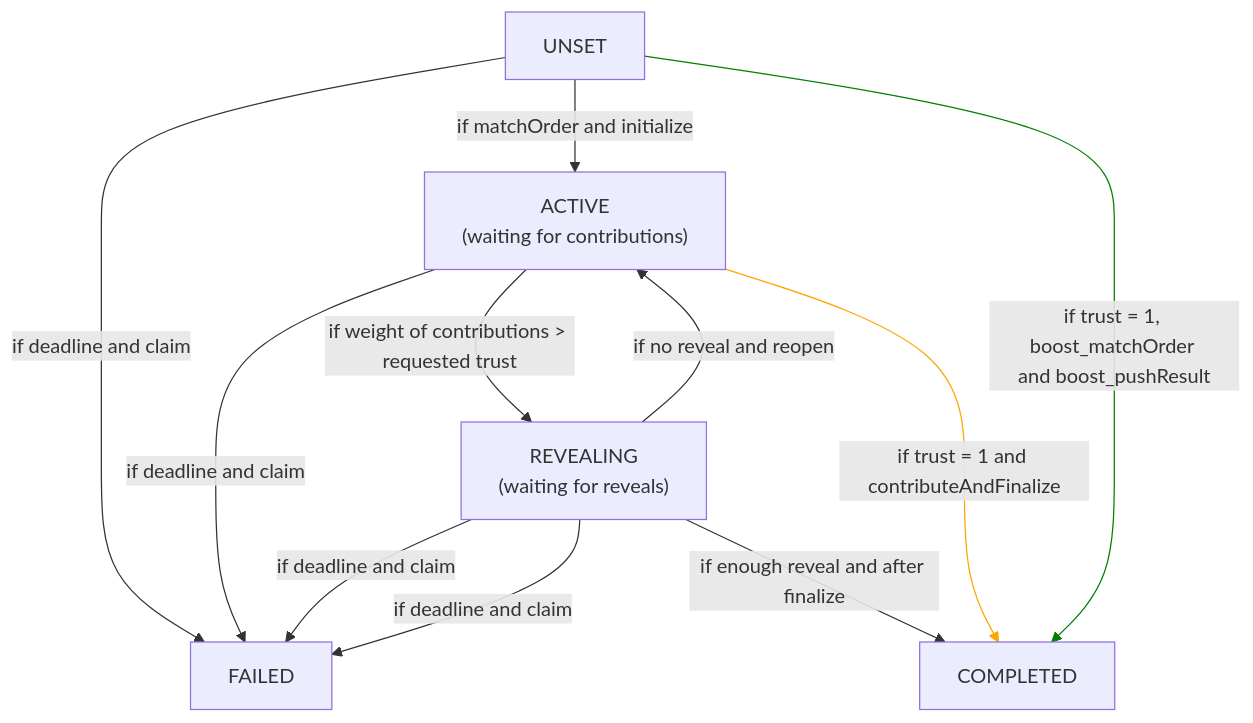
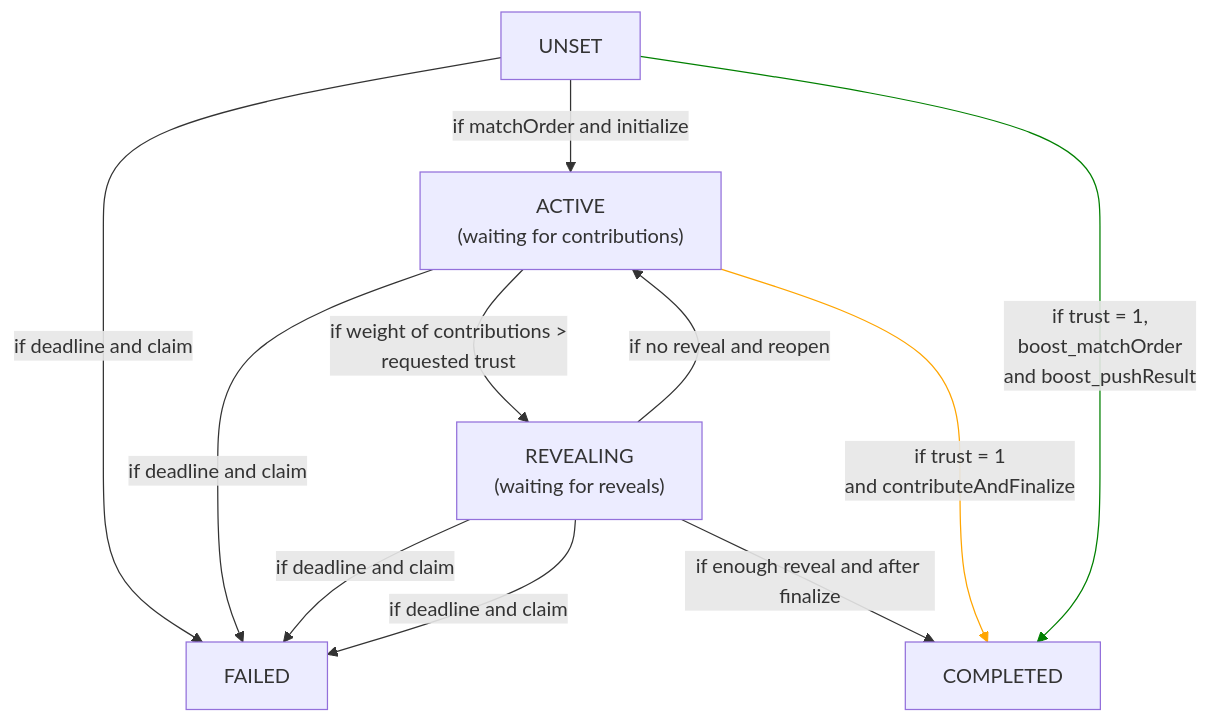
One commit to iExecBlockchainComputing/PoCo changed the first of 2 diagrams in docs/diagrams.md. Above: the diagram before and after it, drawn with Mermaid. The commit also changed other lines of this file, not shown here.

Commit message:
docs: Fix mermaid graphs

````diff
--- a/docs/diagrams.md
+++ b/docs/diagrams.md
@@ -13,15 +13,15 @@
 ```mermaid
 flowchart TB
     UNSET --> |if deadline and claim| FAILED
     UNSET --> |if matchOrder and initialize| ACTIVE
-    ACTIVE["ACTIVE <br> (waiting for contributions)"] --> |if weight of contributions > requested trust| REVEALING
+    ACTIVE["ACTIVE <br> (waiting for contributions)"] --> |if weight of contributions > <br>requested trust| REVEALING
     ACTIVE --> |if deadline and claim| FAILED
     REVEALING["REVEALING <br> (waiting for reveals)"] --> |if deadline and claim| FAILED
     REVEALING --> |if deadline and claim| FAILED
     REVEALING --> |if no reveal and reopen| ACTIVE
     REVEALING --> |if enough reveal and after finalize| COMPLETED
-    ACTIVE --> |if trust = 1 and contributeAndFinalize| COMPLETED
+    ACTIVE --> |if trust = 1 <br> and contributeAndFinalize| COMPLETED
     linkStyle 8 stroke:orange
-    UNSET --> |if trust = 1, boost_matchOrder <br>and boost_pushResult| COMPLETED
+    UNSET --> |if trust = 1, <br> boost_matchOrder <br>and boost_pushResult| COMPLETED
     linkStyle 9 stroke:green
 ```
````
